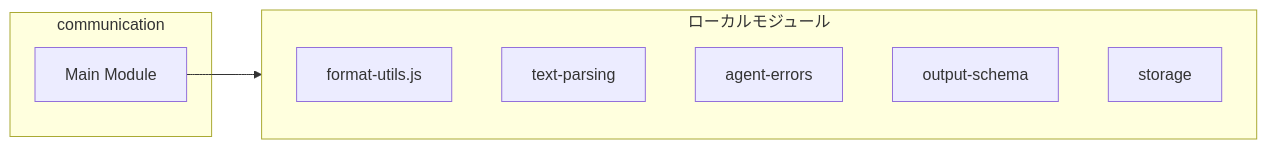
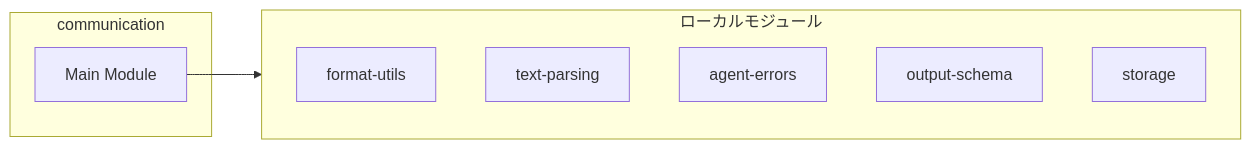
Before and after one commit to Mekann2904/mekann: the second of 4 diagrams in ABDD/.pi/extensions/agent-teams/communication.md, drawn with Mermaid. The commit also changed other lines of this file and 174 other files, not shown here.

First line of the commit message:
fix(docs): ABDDのMermaid図生成エラーを修正する

````diff
--- a/ABDD/.pi/extensions/agent-teams/communication.md
+++ b/ABDD/.pi/extensions/agent-teams/communication.md
@@ -101,14 +101,14 @@
 ```mermaid
 flowchart LR
   subgraph this[communication]
     main[Main Module]
   end
   subgraph local[ローカルモジュール]
-    format_utils_js["format-utils.js"]
+    format_utils["format-utils"]
     text_parsing["text-parsing"]
     agent_errors["agent-errors"]
     output_schema["output-schema"]
     storage["storage"]
   end
   main --> local
 ```
````
